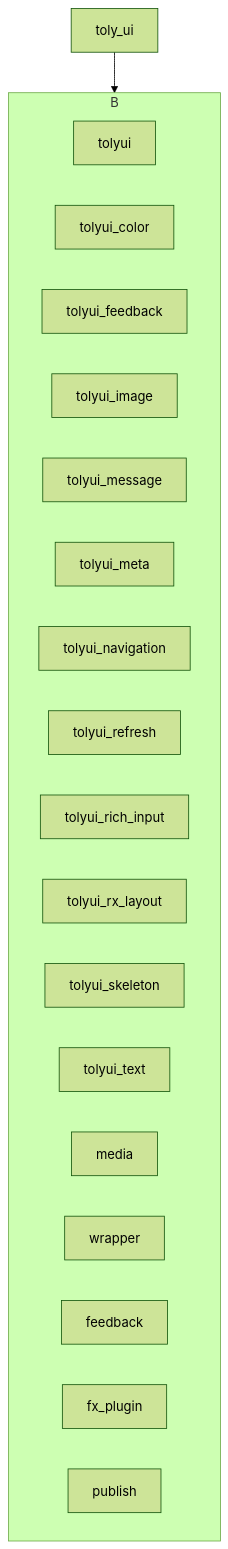
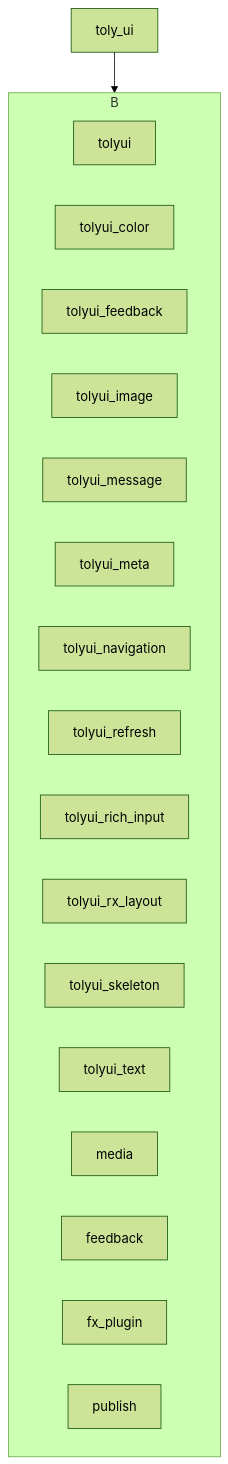
The first of 6 diagrams in doc/dev/project_analysis.md (TolyFx/toly_ui), drawn with Mermaid (forest theme) before and after one commit. The commit also changed 145 other files, not shown here.

````diff
--- a/doc/dev/project_analysis.md
+++ b/doc/dev/project_analysis.md
@@ -12,23 +12,22 @@
 ```mermaid
 graph TD
     A[toly_ui] --> B{modules};
     subgraph B
         C[tolyui]
         D[tolyui_color]
         E[tolyui_feedback]
         F[tolyui_image]
         G[tolyui_message]
         H[tolyui_meta]
         I[tolyui_navigation]
         J[tolyui_refresh]
         K[tolyui_rich_input]
         L[tolyui_rx_layout]
         M[tolyui_skeleton]
         N[tolyui_text]
         O[media]
-        P[wrapper]
         Q[feedback]
         R[fx_plugin]
         S[publish]
     end
 ```
````
